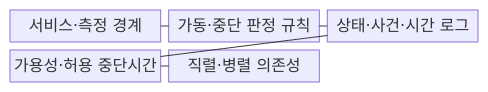
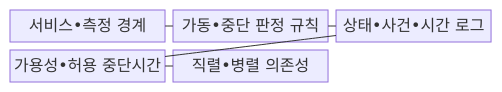
One commit to agnusdei1207/knowledge-base changed the first of 2 diagrams in src/content/docs/notes/06-evaluation/013_availability_calculation.md. Above: the diagram before and after it, drawn with Mermaid. The commit also changed other lines of this file and 953 other files, not shown here.

````diff
--- a/src/content/docs/notes/06-evaluation/013_availability_calculation.md
+++ b/src/content/docs/notes/06-evaluation/013_availability_calculation.md
@@ -69,13 +69,13 @@
 ```mermaid
 block-beta
   columns 3
-  S["서비스·측정 경계"]
-  R["가동·중단 판정 규칙"]
-  L["상태·사건·시간 로그"]
-  A["가용성·허용 중단시간"]
-  D["직렬·병렬 의존성"]
+  S["서비스•측정 경계"]
+  R["가동•중단 판정 규칙"]
+  L["상태•사건•시간 로그"]
+  A["가용성•허용 중단시간"]
+  D["직렬•병렬 의존성"]
   S --- R
   R --- L
   L --- A
   A --- D
 ```
````
